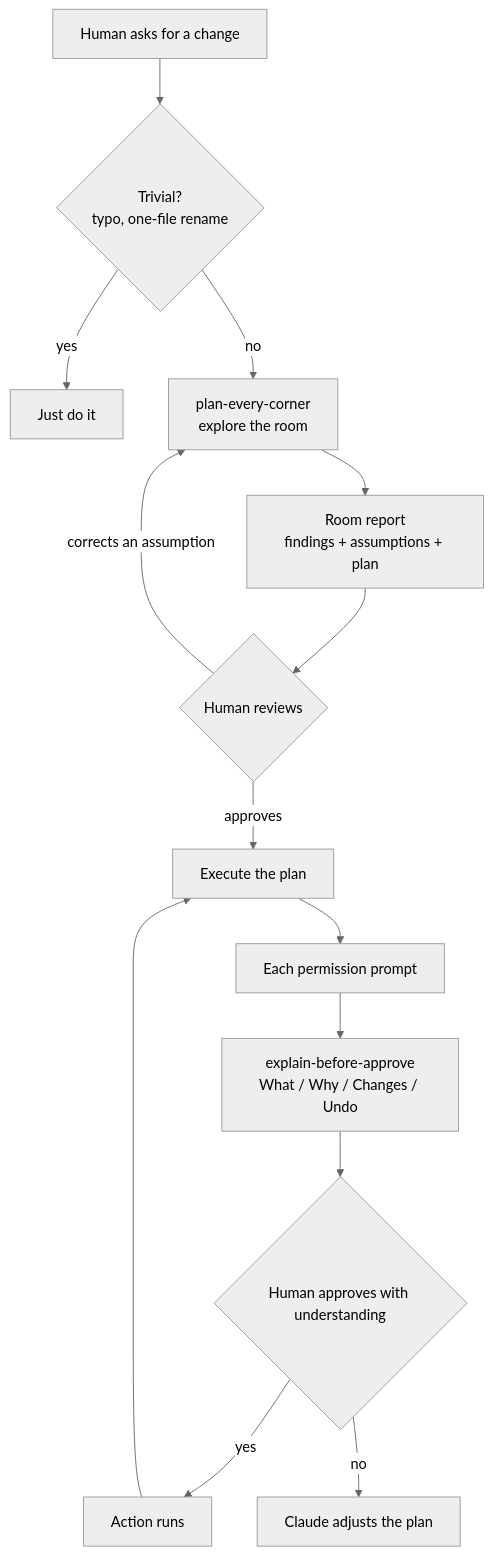
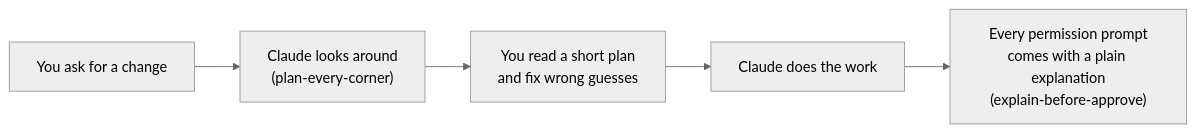
Before and after one commit to ssaaffaakk/every-corner-skills: the diagram in README.md, drawn with Mermaid (neutral theme). The commit also changed other lines of this file and 8 other files, not shown here.

````diff
--- a/README.md
+++ b/README.md
@@ -24,16 +42,7 @@
 ```mermaid
-flowchart TD
-    A[Human asks for a change] --> B{Trivial?<br/>typo, one-file rename}
-    B -- yes --> G[Just do it]
-    B -- no --> C[plan-every-corner<br/>explore the room]
-    C --> D[Room report<br/>findings + assumptions + plan]
-    D --> E{Human reviews}
-    E -- corrects an assumption --> C
-    E -- approves --> F[Execute the plan]
-    F --> H[Each permission prompt]
-    H --> I[explain-before-approve<br/>What / Why / Changes / Undo]
-    I --> J{Human approves with understanding}
-    J -- yes --> K[Action runs]
-    J -- no --> L[Claude adjusts the plan]
-    K --> F
+flowchart LR
+    A["You ask for a change"] --> B["Claude looks around<br/>(plan-every-corner)"]
+    B --> C["You read a short plan<br/>and fix wrong guesses"]
+    C --> D["Claude does the work"]
+    D --> E["Every permission prompt<br/>comes with a plain explanation<br/>(explain-before-approve)"]
 ```
````
